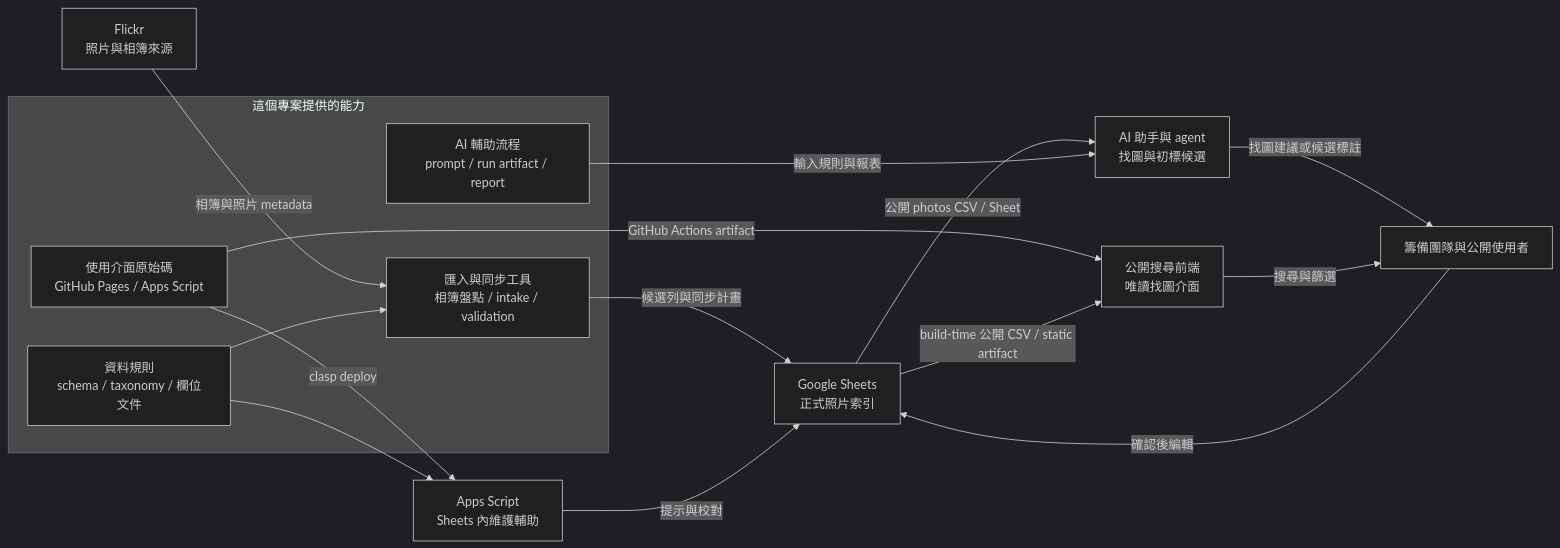
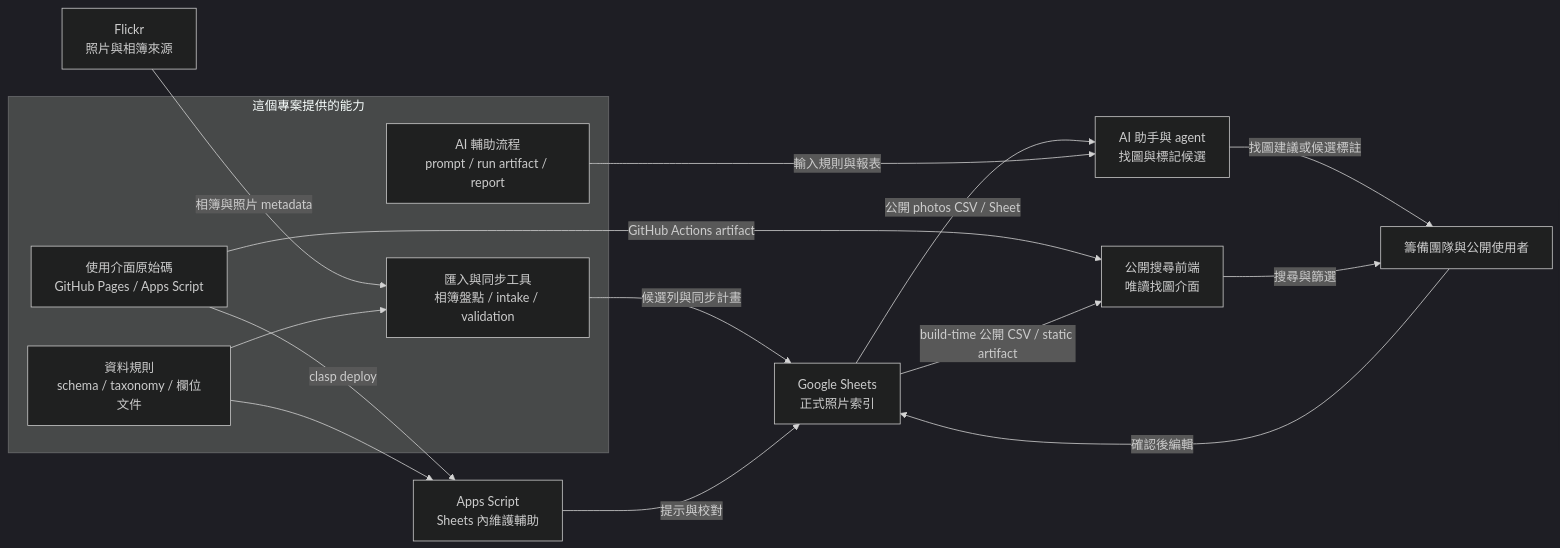
The diagram in docs/project-architecture.md (sitcon-tw/flickr-photo-finder), drawn with Mermaid (dark theme) before and after one commit. The commit also changed other lines of this file and 17 other files, not shown here.

````diff
--- a/docs/project-architecture.md
+++ b/docs/project-architecture.md
@@ -26,30 +26,30 @@
 ```mermaid
 flowchart LR
   Flickr[Flickr<br/>照片與相簿來源]
   Sheets[Google Sheets<br/>正式照片索引]
   AppsScript[Apps Script<br/>Sheets 內維護輔助]
   Pages[公開搜尋前端<br/>唯讀找圖介面]
-  AI[AI 助手與 agent<br/>找圖與初標候選]
+  AI[AI 助手與 agent<br/>找圖與標記候選]
   Users[籌備團隊與公開使用者]
 
   subgraph Project[這個專案提供的能力]
     Rules[資料規則<br/>schema / taxonomy / 欄位文件]
     Intake[匯入與同步工具<br/>相簿盤點 / intake / validation]
     Interfaces[使用介面原始碼<br/>GitHub Pages / Apps Script]
     AIGuide[AI 輔助流程<br/>prompt / run artifact / report]
   end
 
   Flickr -->|相簿與照片 metadata| Intake
   Rules --> Intake
   Intake -->|候選列與同步計畫| Sheets
   Interfaces -->|clasp deploy| AppsScript
   Interfaces -->|GitHub Actions artifact| Pages
   Rules --> AppsScript
   AppsScript -->|提示與校對| Sheets
   Sheets -->|build-time 公開 CSV / static artifact| Pages
   Sheets -->|公開 photos CSV / Sheet| AI
   AIGuide -->|輸入規則與報表| AI
   AI -->|找圖建議或候選標註| Users
   Pages -->|搜尋與篩選| Users
   Users -->|確認後編輯| Sheets
 ```
````
